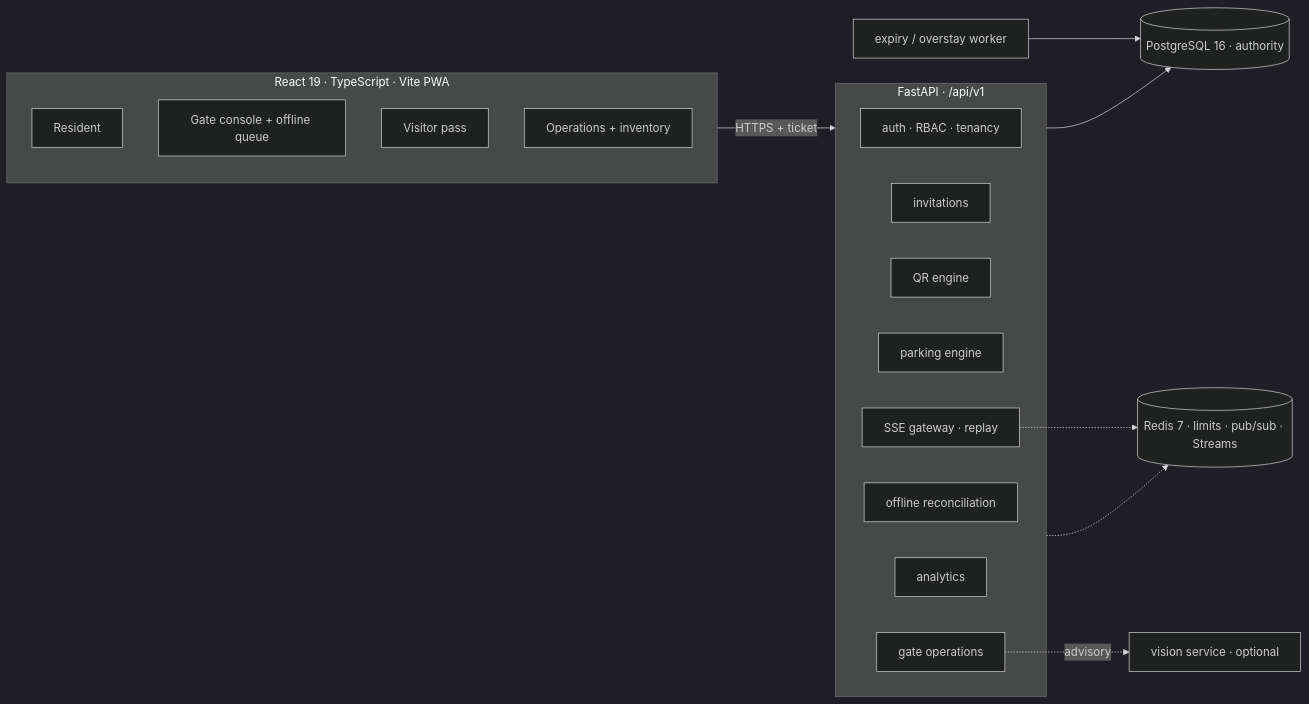
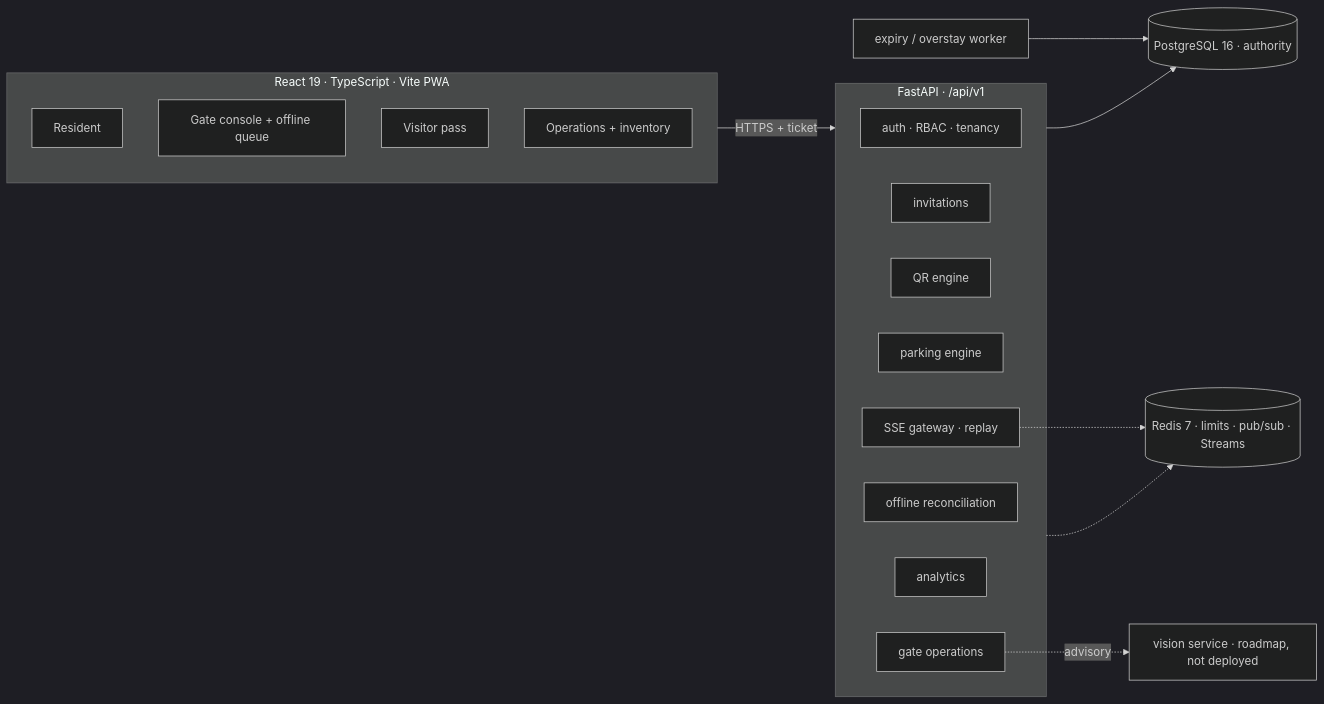
One commit to officialarghya29/ParkVanta changed the first of 2 diagrams in README.md. Above: the diagram before and after it, drawn with Mermaid (dark theme). The commit also changed other lines of this file and 43 other files, not shown here.

````diff
--- a/README.md
+++ b/README.md
@@ -117,32 +119,32 @@
 ```mermaid
 flowchart LR
     subgraph Client["React 19 · TypeScript · Vite PWA"]
         R["Resident"]
         G["Gate console + offline queue"]
         V["Visitor pass"]
         A["Operations + inventory"]
     end
 
     subgraph API["FastAPI · /api/v1"]
         AUTH["auth · RBAC · tenancy"]
         INV["invitations"]
         QRE["QR engine"]
         PARK["parking engine"]
         GATE["gate operations"]
         OFF["offline reconciliation"]
         AN["analytics"]
         EV["SSE gateway · replay"]
     end
 
     PG[("PostgreSQL 16 · authority")]
     RD[("Redis 7 · limits · pub/sub · Streams")]
     W["expiry / overstay worker"]
-    VIS["vision service · optional"]
+    VIS["vision service · roadmap, not deployed"]
 
     Client -->|HTTPS + ticket| API
     API --> PG
     API -.-> RD
     EV -.-> RD
     W --> PG
     GATE -.->|advisory| VIS
 ```
````
